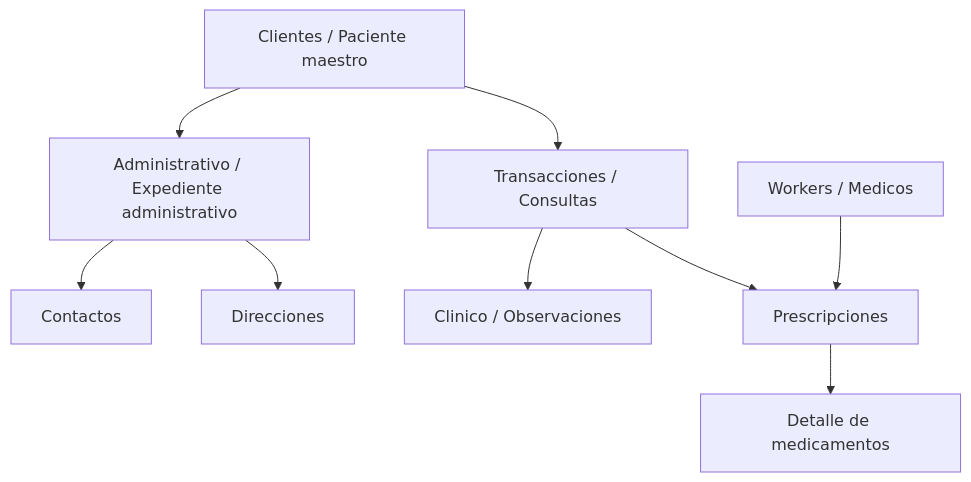
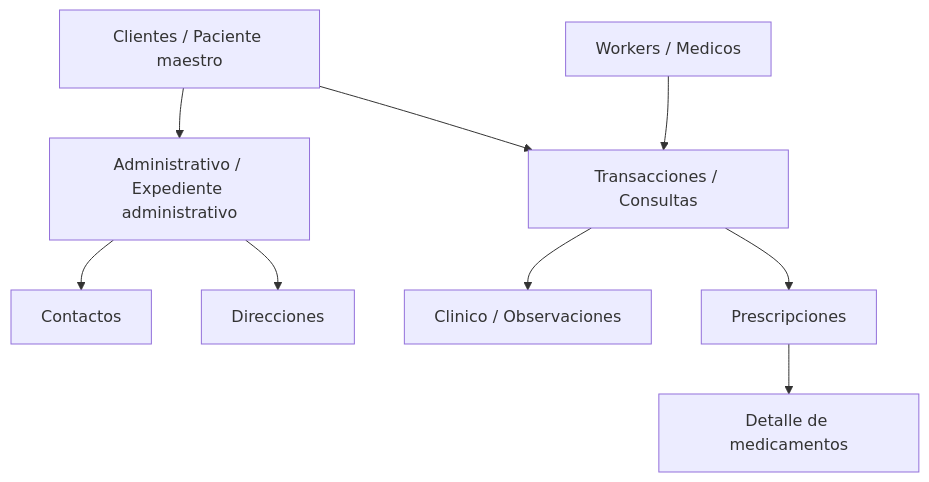
Before and after one commit to MauAR0134/MasterDataManagement_CyP2026: the diagram in README.md, drawn with Mermaid. The commit also changed other lines of this file and 77 other files, not shown here.

````diff
--- a/README.md
+++ b/README.md
@@ -69,21 +69,21 @@
 ```mermaid
 graph TD
     C["Clientes / Paciente maestro"]
     A["Administrativo / Expediente administrativo"]
     CP["Contactos"]
     D["Direcciones"]
     T["Transacciones / Consultas"]
     CL["Clinico / Observaciones"]
     P["Prescripciones"]
     PM["Detalle de medicamentos"]
     W["Workers / Medicos"]
 
     C --> A
     A --> CP
     A --> D
     C --> T
     T --> CL
     T --> P
     P --> PM
-    W --> P
+    W --> T
 ```
````
